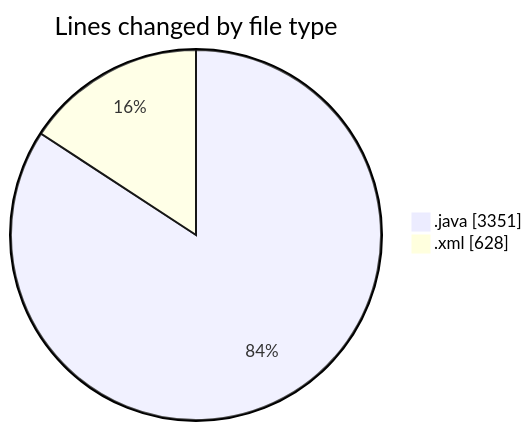
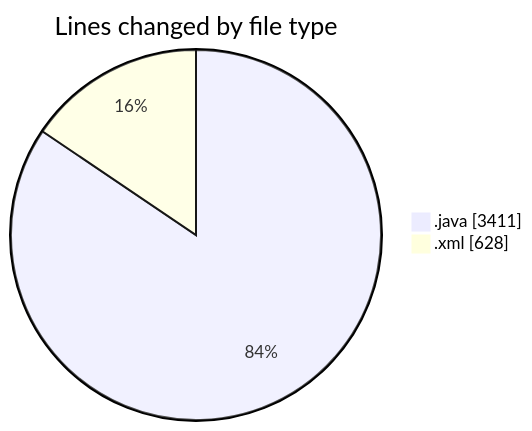
Before and after one commit to charlie-sans/code-tracking: the first of 2 diagrams in 2025-02-26/micros/README.md, drawn with Mermaid. The commit also changed other lines of this file and 1 other file, not shown here.

````diff
--- a/2025-02-26/micros/README.md
+++ b/2025-02-26/micros/README.md
@@ -27,6 +28,6 @@
 ```mermaid
 pie showData
 title Lines changed by file type
-".java" : 3351
+".java" : 3411
 ".xml" : 628
 ```
````
